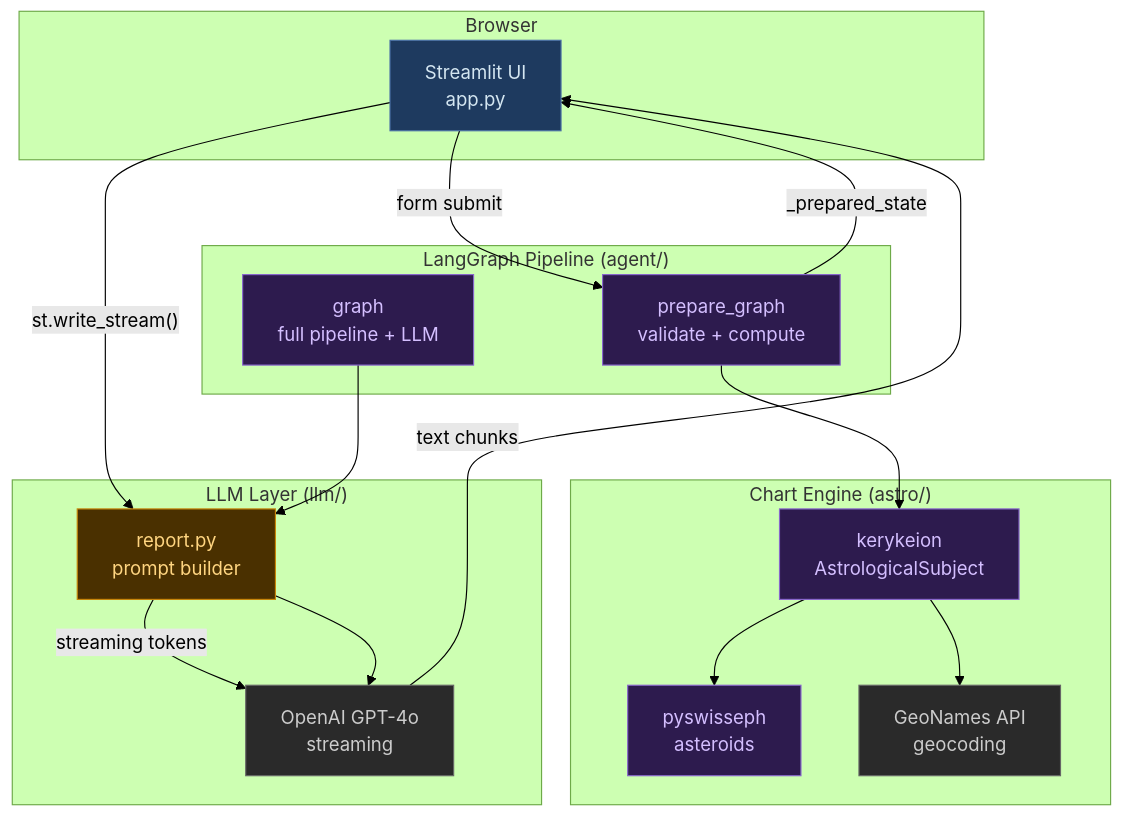
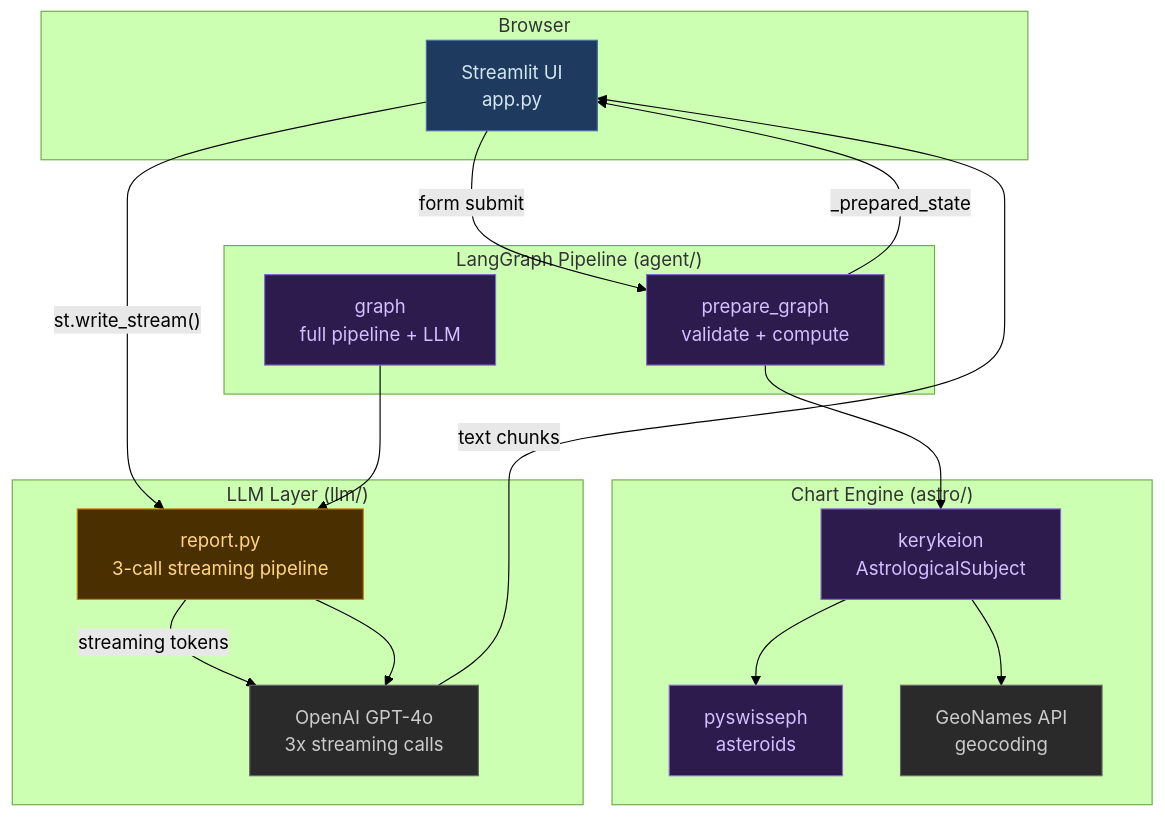
One commit to swamyswamynathan123/personalastrologeragent changed the first of 12 diagrams in Architecture.md. Above: the diagram before and after it, drawn with Mermaid (forest theme). The commit also changed other lines of this file and 2 other files, not shown here.

````diff
--- a/Architecture.md
+++ b/Architecture.md
@@ -18,39 +18,39 @@
 ```mermaid
 graph TB
     classDef uiNode fill:#1e3a5f,stroke:#4a6fa5,color:#d4e6f1
     classDef computeNode fill:#2d1b4e,stroke:#8866cc,color:#d4bfff
     classDef llmNode fill:#4a3000,stroke:#c8860a,color:#ffd580
     classDef outputNode fill:#1a3a2a,stroke:#2d7a4f,color:#a8d8b8
     classDef externalNode fill:#2a2a2a,stroke:#666,color:#ccc
 
     subgraph Browser
         UI[Streamlit UI\napp.py]:::uiNode
     end
 
     subgraph LangGraph["LangGraph Pipeline (agent/)"]
         PG[prepare_graph\nvalidate + compute]:::computeNode
         FG[graph\nfull pipeline + LLM]:::computeNode
     end
 
     subgraph Astro["Chart Engine (astro/)"]
         KC[kerykeion\nAstrologicalSubject]:::computeNode
         SW[pyswisseph\nasteroids]:::computeNode
         GEO[GeoNames API\ngeocoding]:::externalNode
     end
 
     subgraph LLM["LLM Layer (llm/)"]
-        RP[report.py\nprompt builder]:::llmNode
-        OAI[OpenAI GPT-4o\nstreaming]:::externalNode
+        RP[report.py\n3-call streaming pipeline]:::llmNode
+        OAI[OpenAI GPT-4o\n3x streaming calls]:::externalNode
     end
 
     UI -- "form submit" --> PG
     PG -- "_prepared_state" --> UI
     UI -- "st.write_stream()" --> RP
     RP -- "streaming tokens" --> OAI
     OAI -- "text chunks" --> UI
     PG --> KC
     KC --> GEO
     KC --> SW
     FG --> RP
     RP --> OAI
 ```
````
